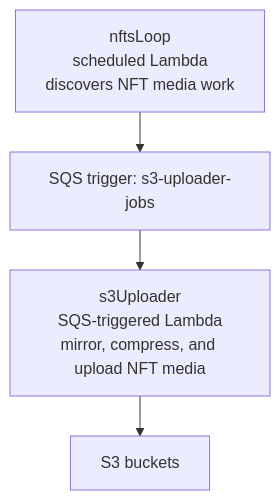
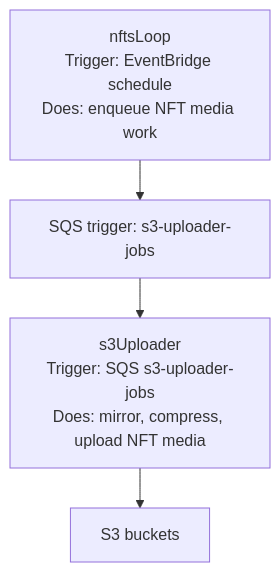
One commit to 6529-Collections/6529seize-backend changed the sixth of 16 diagrams in docs/architecture.md. Above: the diagram before and after it, drawn with Mermaid. The commit also changed other lines of this file, not shown here.

````diff
--- a/docs/architecture.md
+++ b/docs/architecture.md
@@ -136,7 +136,7 @@
 ```mermaid
 %%{init: {"flowchart": {"nodeSpacing": 24, "rankSpacing": 40, "curve": "basis"}} }%%
 flowchart TD
-  NftsLoop["nftsLoop<br/>scheduled Lambda<br/>discovers NFT media work"] --> S3UploaderQueue["SQS trigger: s3-uploader-jobs"]
-  S3UploaderQueue --> S3Uploader["s3Uploader<br/>SQS-triggered Lambda<br/>mirror, compress, and upload NFT media"]
+  NftsLoop["nftsLoop<br/>Trigger: EventBridge schedule<br/>Does: enqueue NFT media work"] --> S3UploaderQueue["SQS trigger: s3-uploader-jobs"]
+  S3UploaderQueue --> S3Uploader["s3Uploader<br/>Trigger: SQS s3-uploader-jobs<br/>Does: mirror, compress, upload NFT media"]
   S3Uploader --> S3["S3 buckets"]
 ```
````
